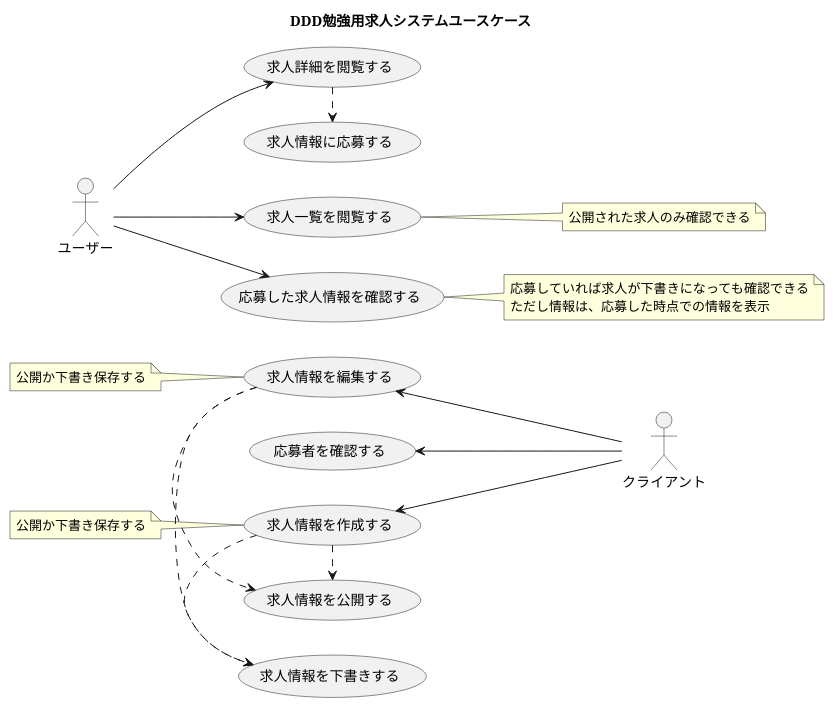
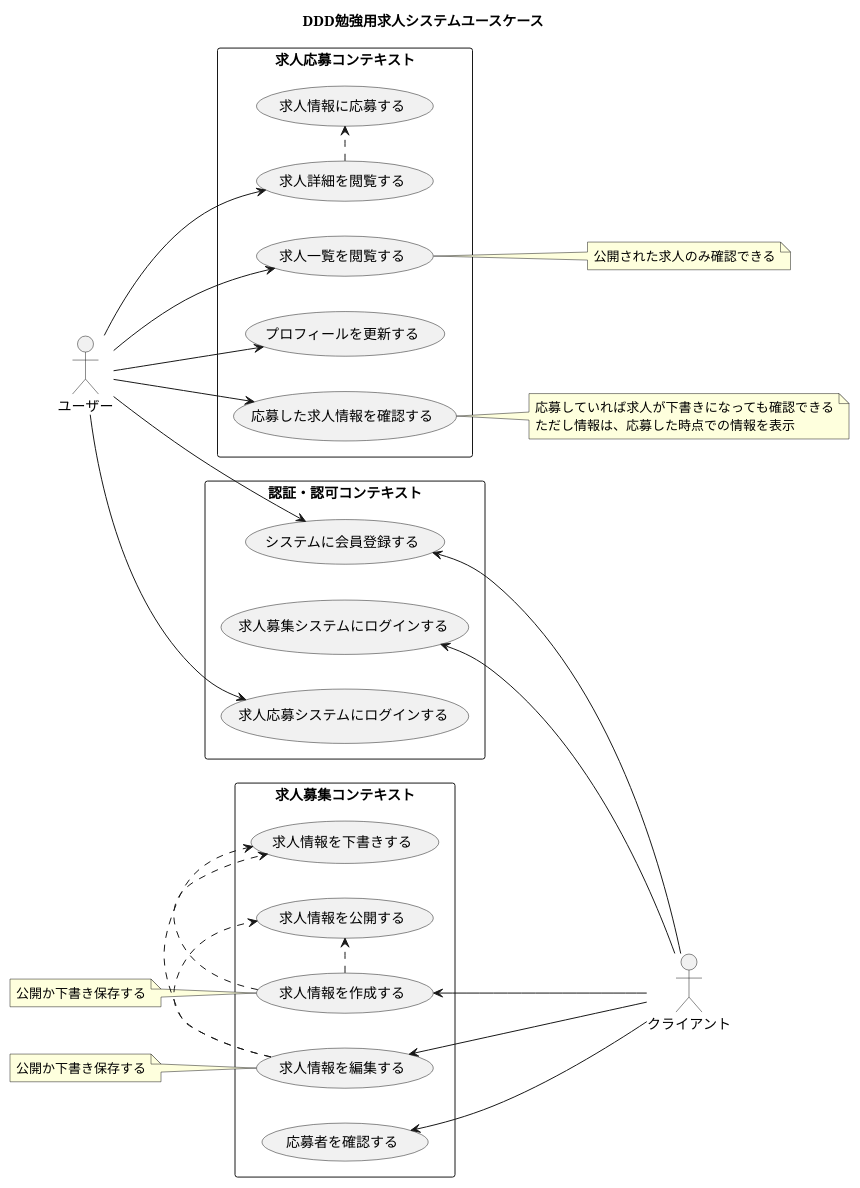
One commit to MikiWaraMiki/springboot-kotlin-job-offer-sample-ddd changed the diagram in docs/usecase/usecase.puml. Above: the diagram before and after it, drawn with PlantUML.

Commit message:
update usecase コンテキストを分けて記述

```diff
--- a/docs/usecase/usecase.puml
+++ b/docs/usecase/usecase.puml
@@ -1,36 +1,52 @@
 @startuml
 title "DDD勉強用求人システムユースケース"
 'https://plantuml.com/use-case-diagram
 left to right direction
 
 :クライアント: as Client
 :ユーザー: as User
 
-(求人情報を作成する) as (CreateJobOffer)
-(求人情報を編集する) as (EditJobOffer)
-(求人情報を公開する) as (PublicJobOffer)
-(求人情報を下書きする) as (DraftJobOffer)
-(応募者を確認する) as (ShowJobApplicationUserList)
-(求人一覧を閲覧する) as (ShowJobOfferList)
-(求人詳細を閲覧する) as (ShowJobOffer)
-(求人情報に応募する) as (JobApplication)
-(応募した求人情報を確認する) as (ShowJobApplicationHistory)
+rectangle 認証・認可コンテキスト {
+    (システムに会員登録する) as (UserRegistration)
+    (求人募集システムにログインする) as (ClientSignIn)
+    (求人応募システムにログインする) as (UserSignIn)
+}
+(UserRegistration) <-- Client
+User --> (UserRegistration)
+(ClientSignIn) <-- Client
+User --> (UserSignIn)
 
+
+rectangle 求人募集コンテキスト {
+    (求人情報を作成する) as (CreateJobOffer)
+    (求人情報を編集する) as (EditJobOffer)
+    (求人情報を公開する) as (PublicJobOffer)
+    (求人情報を下書きする) as (DraftJobOffer)
+    (応募者を確認する) as (ShowJobApplicationUserList)
+}
 (CreateJobOffer) <-- Client
 (CreateJobOffer) .> (DraftJobOffer)
 (CreateJobOffer) .> (PublicJobOffer)
 (EditJobOffer) <-- Client
 (EditJobOffer) .> (PublicJobOffer)
 (EditJobOffer) .> (DraftJobOffer)
 (ShowJobApplicationUserList) <-- Client
 
+rectangle 求人応募コンテキスト {
+    (求人一覧を閲覧する) as (ShowJobOfferList)
+    (求人詳細を閲覧する) as (ShowJobOffer)
+    (求人情報に応募する) as (JobApplication)
+    (プロフィールを更新する) as (EditProfile)
+    (応募した求人情報を確認する) as (ShowJobApplicationHistory)
+}
 User --> (ShowJobOfferList)
 User --> (ShowJobOffer)
+User --> (EditProfile)
+User --> (ShowJobApplicationHistory)
 (ShowJobOffer) .> (JobApplication)
-User --> (ShowJobApplicationHistory)
 
 note left of (CreateJobOffer) : 公開か下書き保存する
 note left of (EditJobOffer) : 公開か下書き保存する
 note right of (ShowJobOfferList) : 公開された求人のみ確認できる
 note right of (ShowJobApplicationHistory) : 応募していれば求人が下書きになっても確認できる\nただし情報は、応募した時点での情報を表示
 @enduml
```
